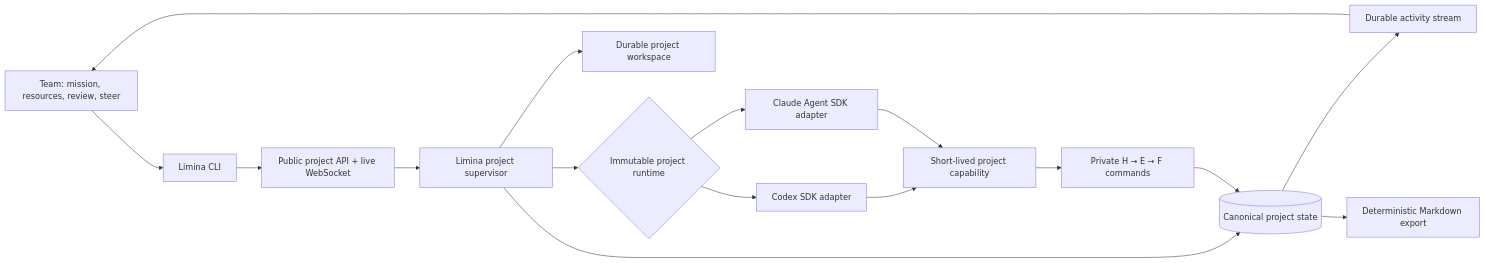
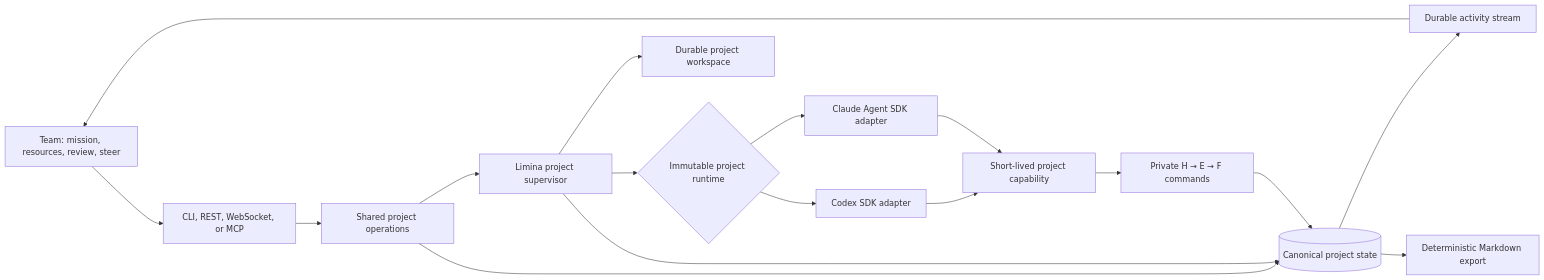
The first of 2 diagrams in docs/cloud-runtime-architecture.md (theam/autonomous-researcher), drawn with Mermaid before and after one commit. The commit also changed other lines of this file and 15 other files, not shown here.

Commit message:
feat(api): expose projects through MCP

````diff
--- a/docs/cloud-runtime-architecture.md
+++ b/docs/cloud-runtime-architecture.md
@@ -12,18 +12,19 @@
 ```mermaid
 flowchart LR
-    Team["Team: mission, resources, review, steer"] --> CLI["Limina CLI"]
-    CLI --> API["Public project API + live WebSocket"]
-    API --> Supervisor["Limina project supervisor"]
+    Team["Team: mission, resources, review, steer"] --> Interface["CLI, REST, WebSocket, or MCP"]
+    Interface --> Operations["Shared project operations"]
+    Operations --> Supervisor["Limina project supervisor"]
+    Operations --> DB
     Supervisor --> Adapter{"Immutable project runtime"}
     Adapter --> Codex["Codex SDK adapter"]
     Adapter --> Claude["Claude Agent SDK adapter"]
     Supervisor --> Workspace["Durable project workspace"]
     Supervisor --> DB[("Canonical project state")]
     Codex --> Capability["Short-lived project capability"]
     Claude --> Capability
     Capability --> Commands["Private H → E → F commands"]
     Commands --> DB
     DB --> Stream["Durable activity stream"]
     Stream --> Team
     DB --> Export["Deterministic Markdown export"]
 ```
````
